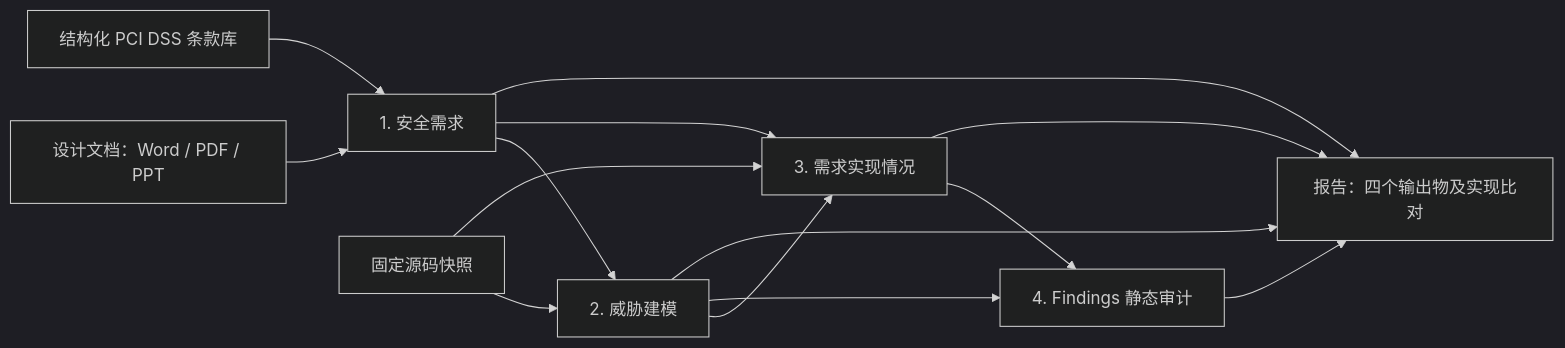
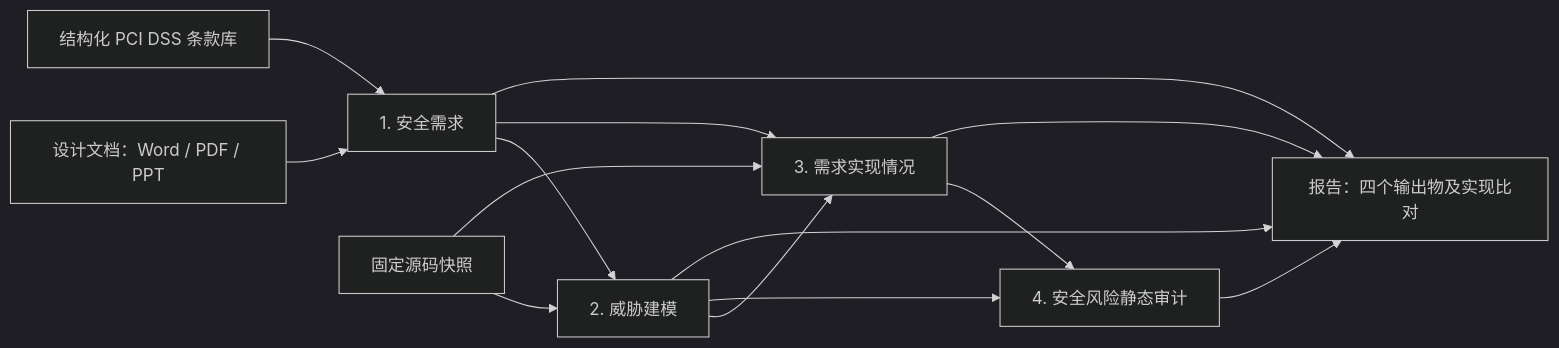
The diagram in README.md (devB2433/PAthena), drawn with Mermaid (dark theme) before and after one commit. The commit also changed other lines of this file and 7 other files, not shown here.

````diff
--- a/README.md
+++ b/README.md
@@ -51,16 +51,16 @@
 ```mermaid
 flowchart LR
     D["设计文档：Word / PDF / PPT"] --> R["1. 安全需求"]
     P["结构化 PCI DSS 条款库"] --> R
     R --> T["2. 威胁建模"]
     C["固定源码快照"] --> T
     T --> A["3. 需求实现情况"]
     R --> A
     C --> A
-    A --> F["4. Findings 静态审计"]
+    A --> F["4. 安全风险静态审计"]
     T --> F
     F --> O["报告：四个输出物及实现比对"]
     R --> O
     A --> O
     T --> O
 ```
````
